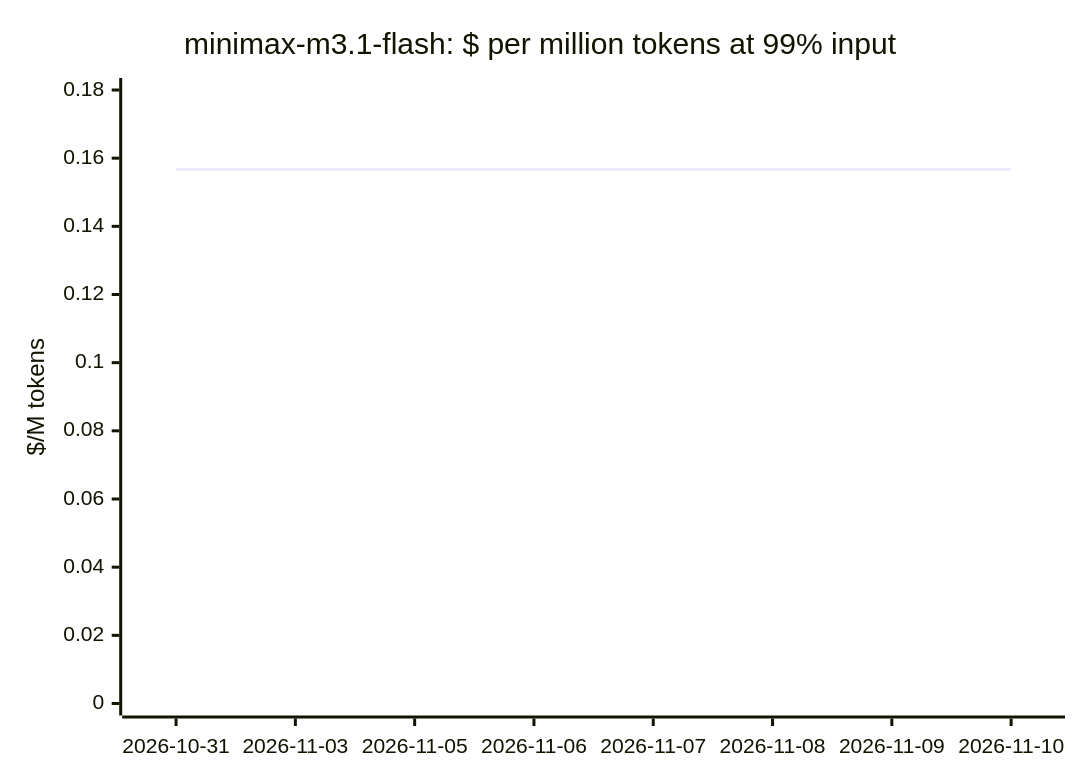
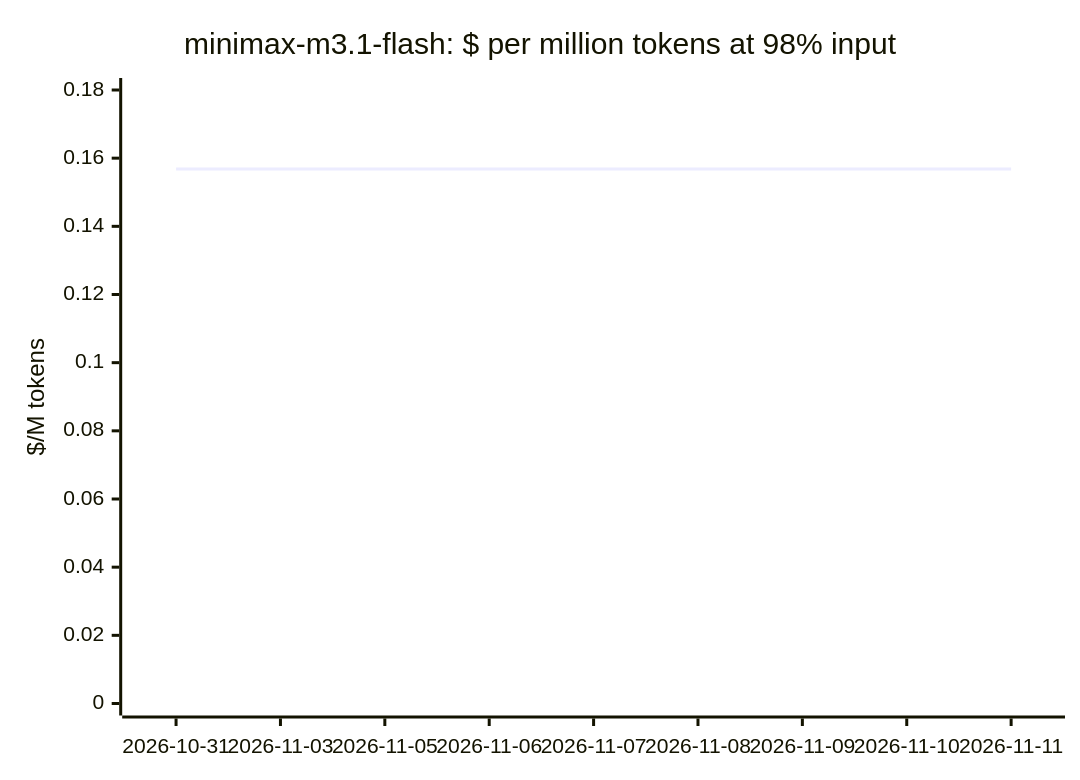
Diagram 11 of 19 in docs/openrouter-models.md (cklukas/OMEGA_TRANSFORM), drawn with Mermaid before and after one commit. The commit also changed other lines of this file and 43 other files, not shown here.

````diff
--- a/docs/openrouter-models.md
+++ b/docs/openrouter-models.md
@@ -228,7 +228,7 @@
 ```mermaid
 xychart-beta
-    title "minimax-m3.1-flash: $ per million tokens at 99% input"
-    x-axis ["2026-10-31", "2026-11-03", "2026-11-05", "2026-11-06", "2026-11-07", "2026-11-08", "2026-11-09", "2026-11-10"]
+    title "minimax-m3.1-flash: $ per million tokens at 98% input"
+    x-axis ["2026-10-31", "2026-11-03", "2026-11-05", "2026-11-06", "2026-11-07", "2026-11-08", "2026-11-09", "2026-11-10", "2026-11-11"]
     y-axis "$/M tokens" 0 --> 0.18
-    line [0.1567, 0.1567, 0.1567, 0.1567, 0.1567, 0.1567, 0.1567, 0.1567]
+    line [0.1568, 0.1568, 0.1568, 0.1568, 0.1568, 0.1568, 0.1568, 0.1568, 0.1568]
 ```
````
